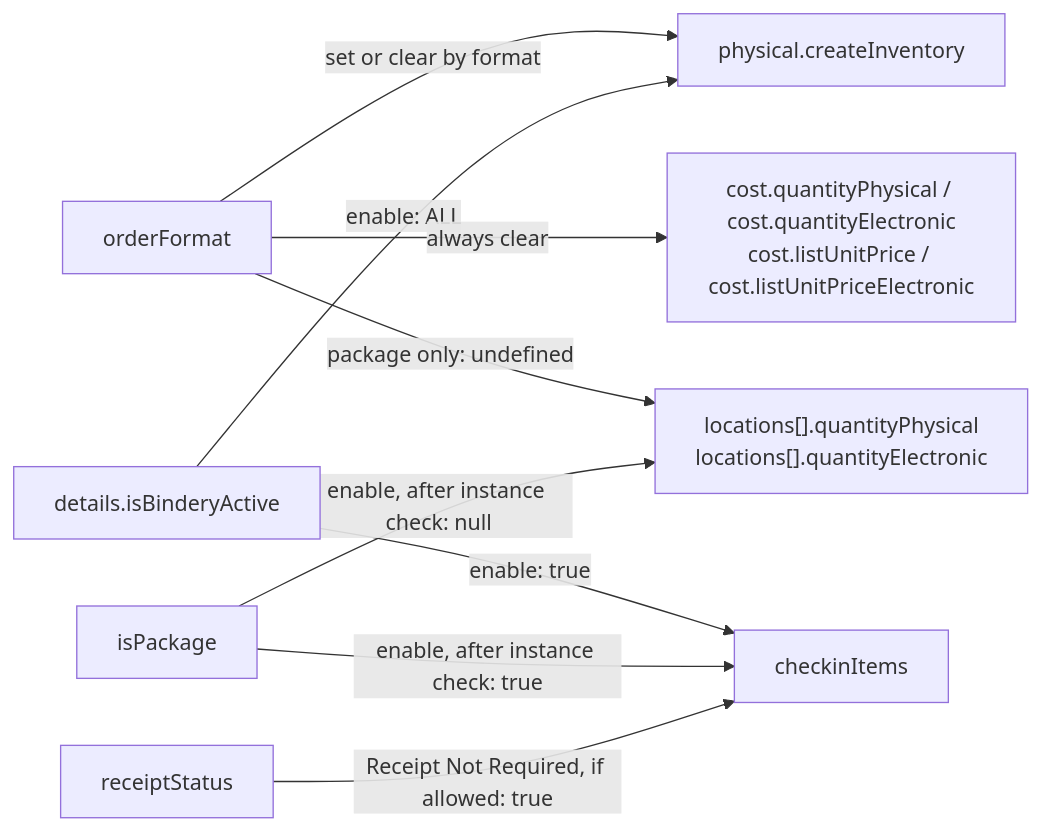
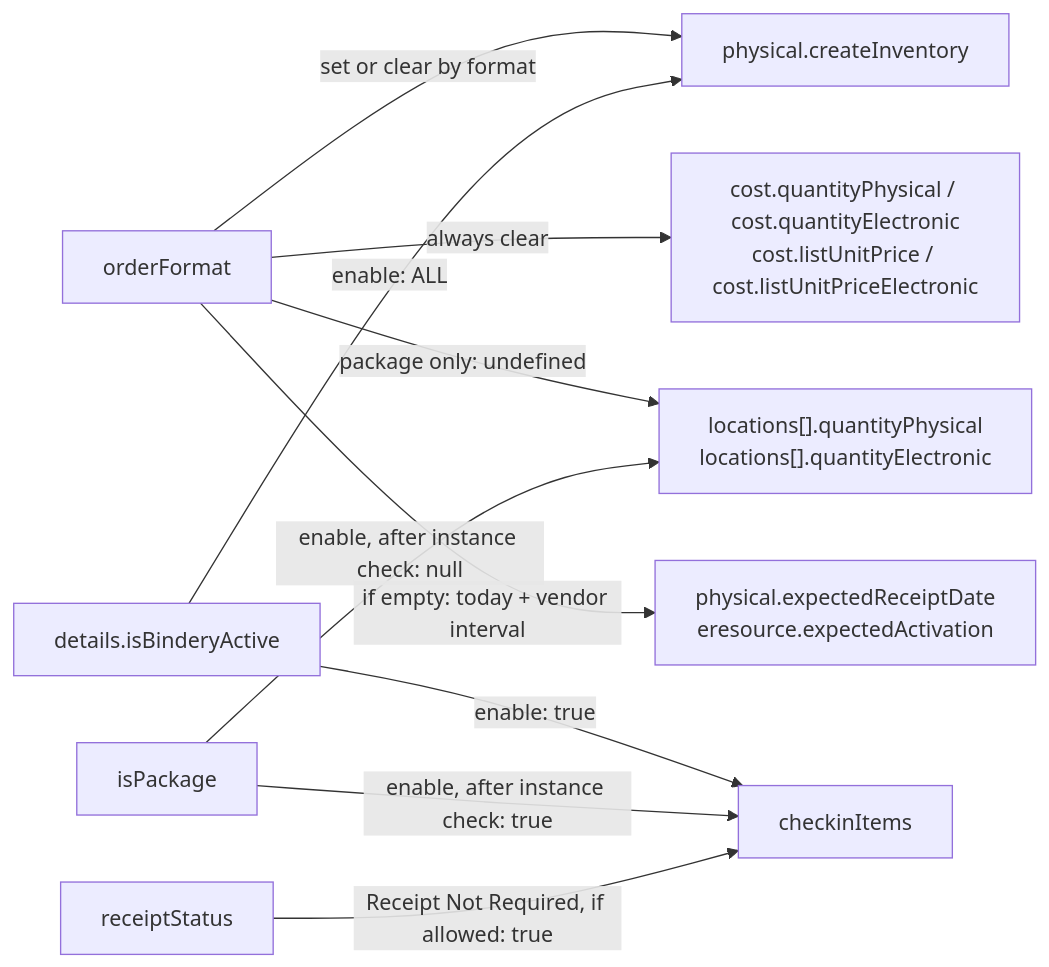
One commit to slub/ui-orders changed the first of 8 diagrams in src/components/POLine/GAME_CHANGER_FIELDS.md. Above: the diagram before and after it, drawn with Mermaid. The commit also changed other lines of this file and 4 other files, not shown here.

First line of the commit message:
UIOR-1591 Prefill expected dates from vendor

````diff
--- a/src/components/POLine/GAME_CHANGER_FIELDS.md
+++ b/src/components/POLine/GAME_CHANGER_FIELDS.md
@@ -7,11 +7,12 @@
 ```mermaid
 flowchart LR
     Format["orderFormat"] -->|"set or clear by format"| Inventory["physical.createInventory"]
     Bindery["details.isBinderyActive"] -->|"enable: ALL"| Inventory
     Bindery -->|"enable: true"| Receiving["checkinItems"]
     Package["isPackage"] -->|"enable, after instance check: true"| Receiving
     Receipt["receiptStatus"] -->|"Receipt Not Required, if allowed: true"| Receiving
     Format -->|"always clear"| Cost["cost.quantityPhysical / cost.quantityElectronic<br/>cost.listUnitPrice / cost.listUnitPriceElectronic"]
     Format -->|"package only: undefined"| Quantities["locations[].quantityPhysical<br/>locations[].quantityElectronic"]
     Package -->|"enable, after instance check: null"| Quantities
+    Format -->|"if empty: today + vendor interval"| ExpectedDates["physical.expectedReceiptDate<br/>eresource.expectedActivation"]
 ```
````
